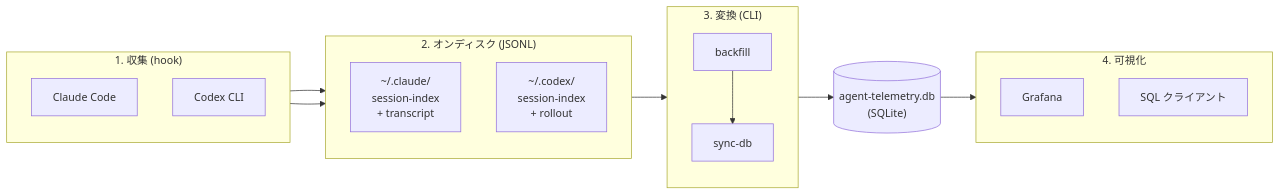
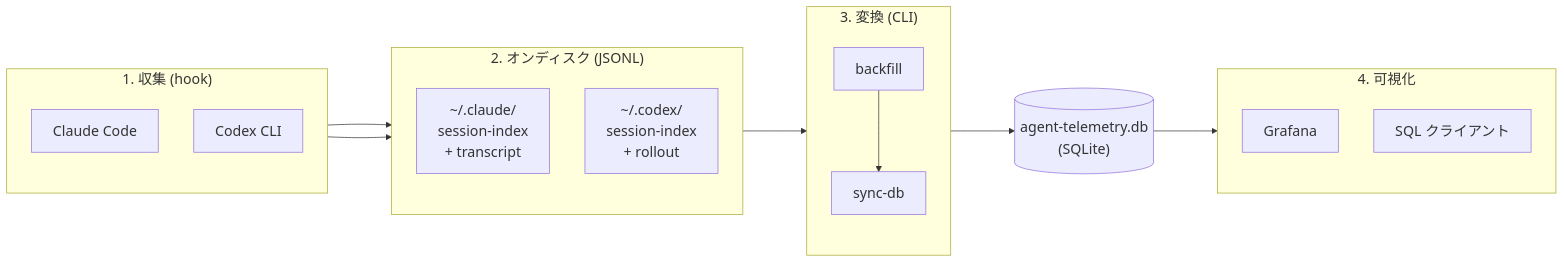
One commit to ishii1648/hitl-metrics changed the diagram in site/content/explain/architecture/index.md. Above: the diagram before and after it, drawn with Mermaid. The commit also changed 2 other files, not shown here.

````diff
--- a/site/content/explain/architecture/index.md
+++ b/site/content/explain/architecture/index.md
@@ -10,36 +10,36 @@
 ```mermaid
-%%{init: {'themeVariables': {'fontSize': '15px'}}}%%
+%%{init: {'flowchart': {'nodeSpacing': 50, 'rankSpacing': 90}, 'themeVariables': {'fontSize': '20px'}}}%%
 flowchart LR
     subgraph hooks["1. 収集 (hook)"]
         direction TB
         CC["Claude Code"]
         CX["Codex CLI"]
     end
 
     subgraph state["2. オンディスク (JSONL)"]
         direction TB
         CCJ["~/.claude/<br/>session-index<br/>+ transcript"]
         CXJ["~/.codex/<br/>session-index<br/>+ rollout"]
     end
 
     subgraph cli["3. 変換 (CLI)"]
         direction TB
         BF["backfill"]
         SD["sync-db"]
         BF --> SD
     end
 
     DB[("agent-telemetry.db<br/>(SQLite)")]
 
     subgraph viz["4. 可視化"]
         direction TB
         GR["Grafana"]
         SQL["SQL クライアント"]
     end
 
     CC --> CCJ
     CX --> CXJ
     state --> cli
     cli --> DB
     DB --> viz
 ```
````
